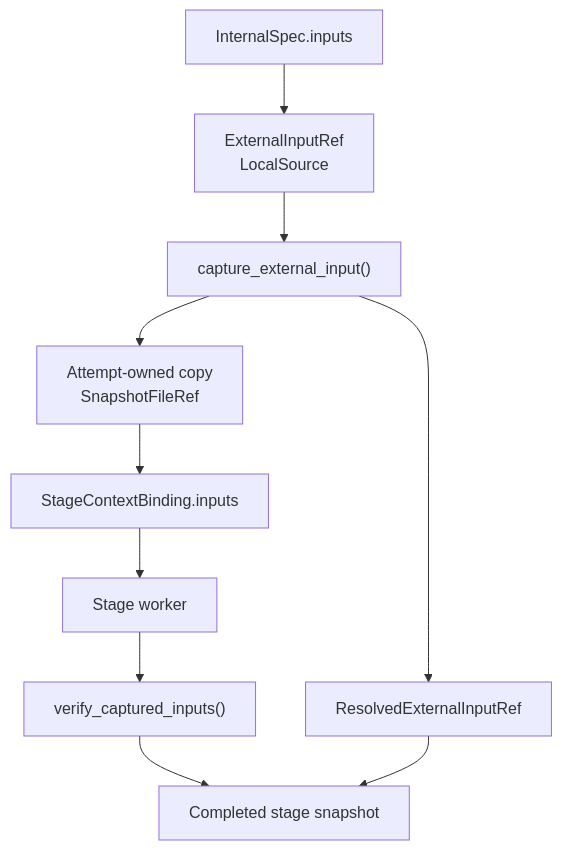
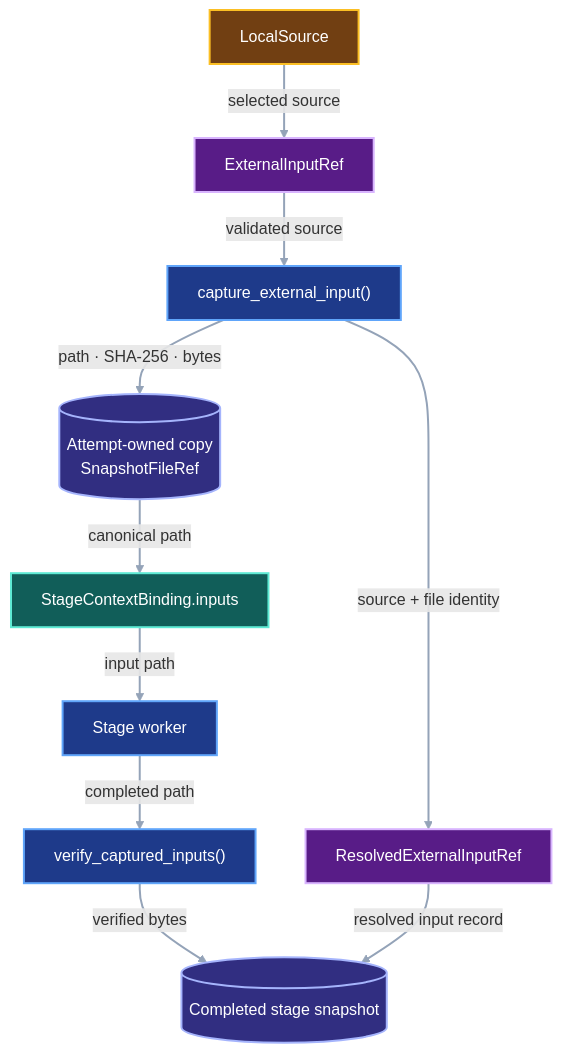
One commit to pvd232/viper changed the second of 3 diagrams in docs/development/external-input-roots.md. Above: the diagram before and after it, drawn with Mermaid. The commit also changed other lines of this file and 1 other file, not shown here.

Commit message:
Restore external input architecture DAGs

````diff
--- a/docs/development/external-input-roots.md
+++ b/docs/development/external-input-roots.md
@@ -53,12 +66,24 @@
 ```mermaid
 flowchart TB
-    Plan["InternalSpec.inputs"] --> Ref["ExternalInputRef<br/>LocalSource"]
-    Ref --> Capture["capture_external_input()"]
-    Capture --> File["Attempt-owned copy<br/>SnapshotFileRef"]
-    Capture --> Evidence["ResolvedExternalInputRef"]
-    File --> Binding["StageContextBinding.inputs"]
-    Binding --> Worker["Stage worker"]
-    Worker --> Recheck["verify_captured_inputs()"]
-    Recheck --> Snapshot["Completed stage snapshot"]
-    Evidence --> Snapshot
+    Source["LocalSource"] -->|"selected source"| Ref["ExternalInputRef"]
+    Ref -->|"validated source"| Capture["capture_external_input()"]
+    Capture -->|"path · SHA-256 · bytes"| File[("Attempt-owned copy<br/>SnapshotFileRef")]
+    Capture -->|"source + file identity"| Evidence["ResolvedExternalInputRef"]
+    File -->|"canonical path"| Binding["StageContextBinding.inputs"]
+    Binding -->|"input path"| Worker["Stage worker"]
+    Worker -->|"completed path"| Recheck["verify_captured_inputs()"]
+    Recheck -->|"verified bytes"| Snapshot[("Completed stage snapshot")]
+    Evidence -->|"resolved input record"| Snapshot
+
+    class Source declaration
+    class Ref,Evidence record
+    class Capture,Worker,Recheck execution
+    class File,Snapshot storage
+    class Binding boundary
+    classDef declaration fill:#713f12,stroke:#fbbf24,color:#ffffff,stroke-width:2px
+    classDef record fill:#581c87,stroke:#d8b4fe,color:#ffffff,stroke-width:2px
+    classDef execution fill:#1e3a8a,stroke:#60a5fa,color:#ffffff,stroke-width:2px
+    classDef storage fill:#312e81,stroke:#a5b4fc,color:#ffffff,stroke-width:2px
+    classDef boundary fill:#115e59,stroke:#5eead4,color:#ffffff,stroke-width:2px
+    linkStyle default stroke:#94a3b8,stroke-width:2px
 ```
````
